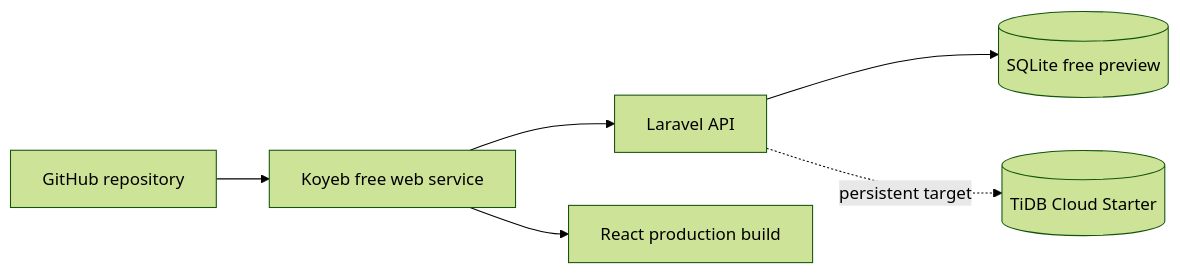
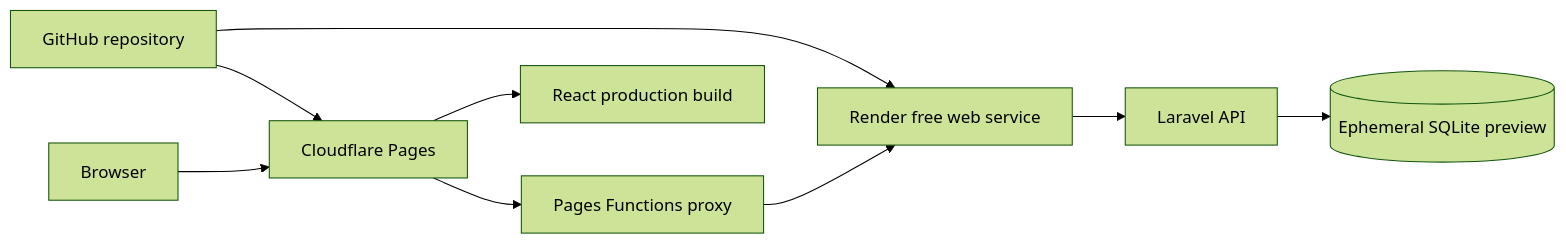
The third of 3 diagrams in README.md (5eef/Seef_E_commerce), drawn with Mermaid (forest theme) before and after one commit. The commit also changed other lines of this file and 1 other file, not shown here.

Commit message:
Publish Render and Cloudflare demo

````diff
--- a/README.md
+++ b/README.md
@@ -326,8 +327,11 @@
 ```mermaid
 flowchart LR
-    GitHub[GitHub repository] --> Koyeb[Koyeb free web service]
-    Koyeb --> Laravel[Laravel API]
-    Koyeb --> React[React production build]
-    Laravel --> Preview[(SQLite free preview)]
-    Laravel -. persistent target .-> TiDB[(TiDB Cloud Starter)]
+    GitHub[GitHub repository] --> Render[Render free web service]
+    GitHub --> Pages[Cloudflare Pages]
+    Browser[Browser] --> Pages
+    Pages --> React[React production build]
+    Pages --> Proxy[Pages Functions proxy]
+    Proxy --> Render
+    Render --> Laravel[Laravel API]
+    Laravel --> Preview[(Ephemeral SQLite preview)]
 ```
````
